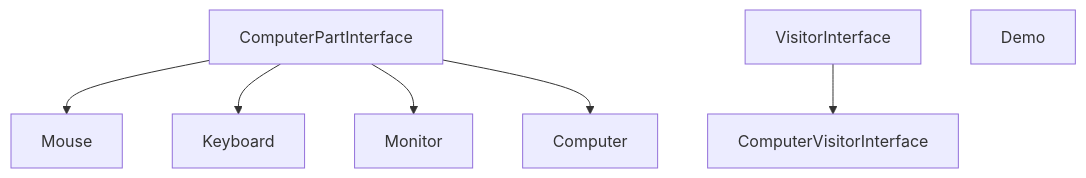
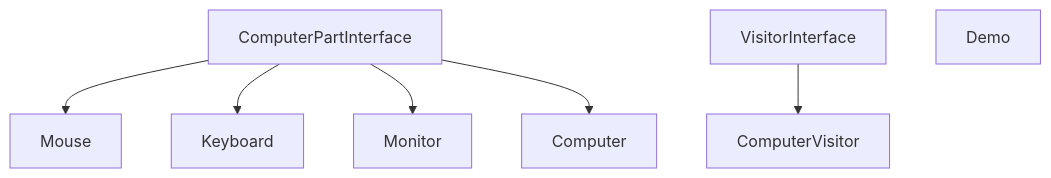
Diagram 22 of 22 in README.md (glebgalkin/design-patterns), drawn with Mermaid before and after one commit.

````diff
--- a/README.md
+++ b/README.md
@@ -200,9 +200,9 @@
 ```mermaid
 graph TD;
     ComputerPartInterface-->Mouse;
     ComputerPartInterface-->Keyboard;
     ComputerPartInterface-->Monitor;
     ComputerPartInterface-->Computer;
-    VisitorInterface-->ComputerVisitorInterface;
+    VisitorInterface-->ComputerVisitor;
     Demo;
 ```
````
